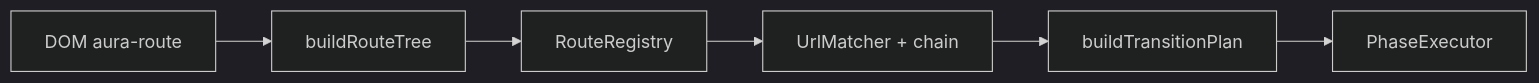
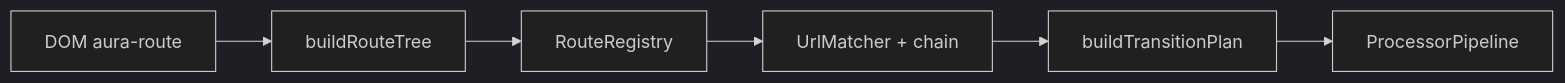
Before and after one commit to aura-ui/router: the diagram in src/modules/aura-routing-engine/core/route-tree/README.md, drawn with Mermaid (dark theme). The commit also changed other lines of this file and 5 other files, not shown here.

Commit message:
refactor(routing-engine): rename to ProcessorPipeline and RouteHookRunner

````diff
--- a/src/modules/aura-routing-engine/core/route-tree/README.md
+++ b/src/modules/aura-routing-engine/core/route-tree/README.md
@@ -235,13 +235,13 @@
 ```mermaid
 flowchart LR
   DOM["DOM aura-route"]
   TREE["buildRouteTree"]
   REG["RouteRegistry"]
   MATCH["UrlMatcher + chain"]
   PLAN["buildTransitionPlan"]
-  PROC["PhaseExecutor"]
+  PROC["ProcessorPipeline"]
 
   DOM --> TREE --> REG
   REG --> MATCH
   MATCH --> PLAN --> PROC
 ```
````
